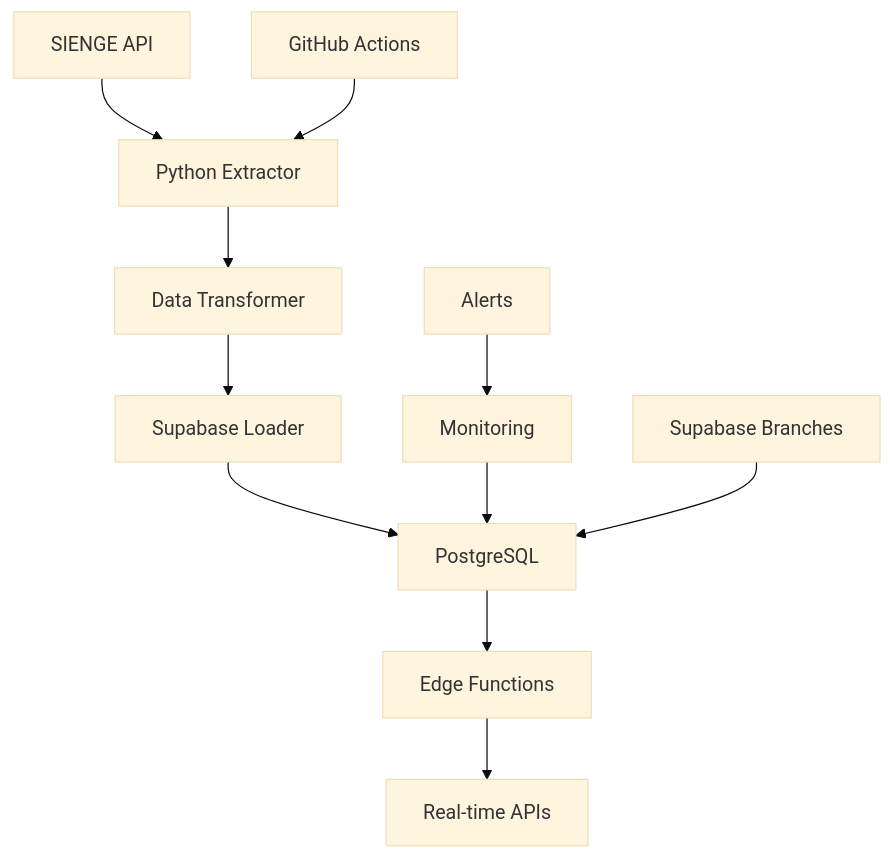
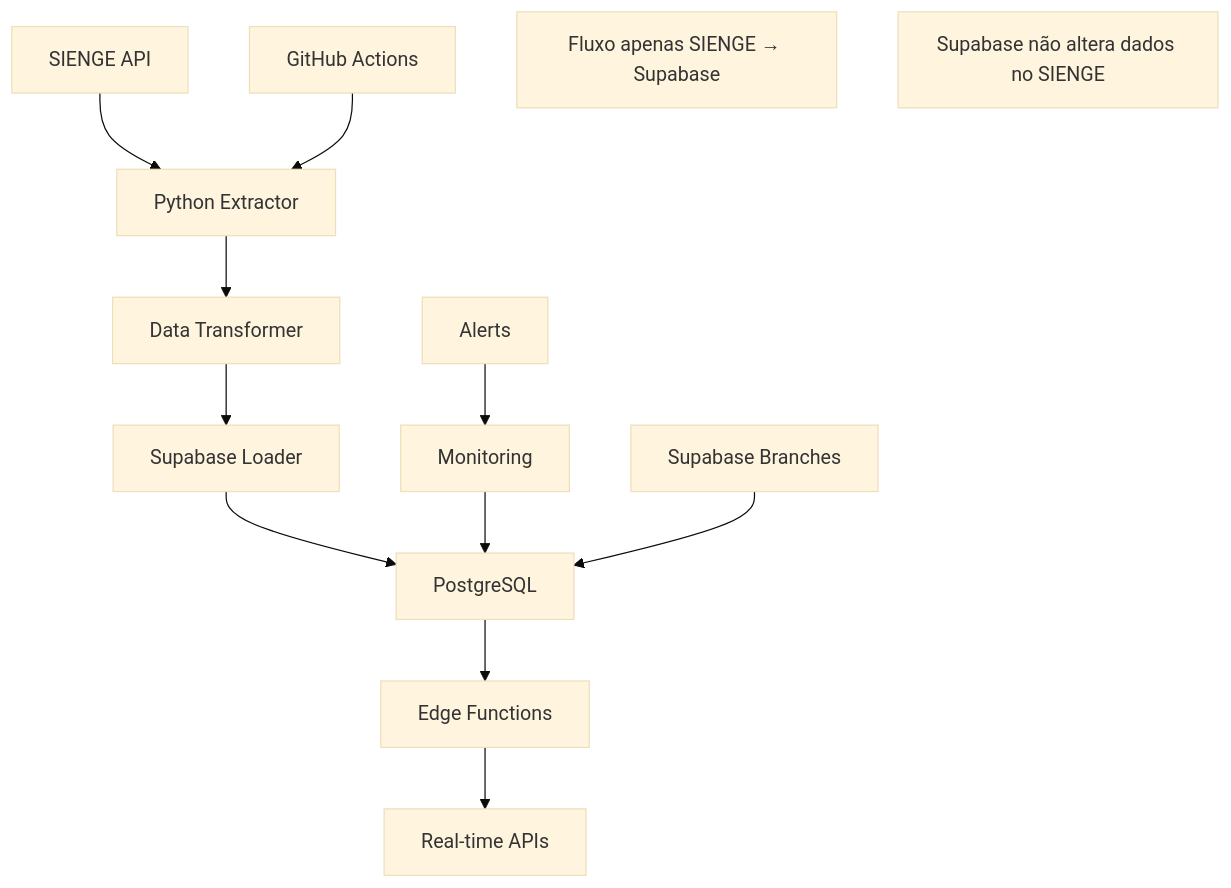
The diagram in documentos-analise/Plano_Integracao_SIENGE_Supabase.md (EloiBiesek/supabase-sienge-integration), drawn with Mermaid (base theme) before and after one commit. The commit also changed other lines of this file, not shown here.

Commit message:
Fix: Correct integration architecture to unidirectional (SIENGE  Supabase only)

````diff
--- a/documentos-analise/Plano_Integracao_SIENGE_Supabase.md
+++ b/documentos-analise/Plano_Integracao_SIENGE_Supabase.md
@@ -328,16 +330,19 @@
 ```mermaid
 graph TD
     A[SIENGE API] --> B[Python Extractor]
     B --> C[Data Transformer]
     C --> D[Supabase Loader]
     D --> E[PostgreSQL]
     
     E --> F[Edge Functions]
     F --> G[Real-time APIs]
     
     H[Monitoring] --> E
     I[Alerts] --> H
     
     J[GitHub Actions] --> B
     K[Supabase Branches] --> E
+    
+    note1[Fluxo apenas SIENGE → Supabase]
+    note2[Supabase não altera dados no SIENGE]
 ```
````
